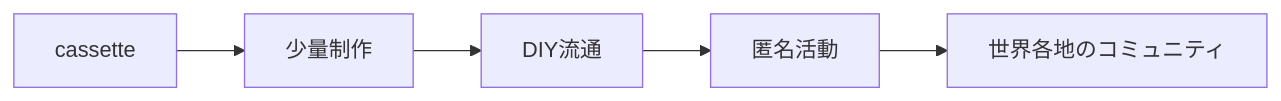
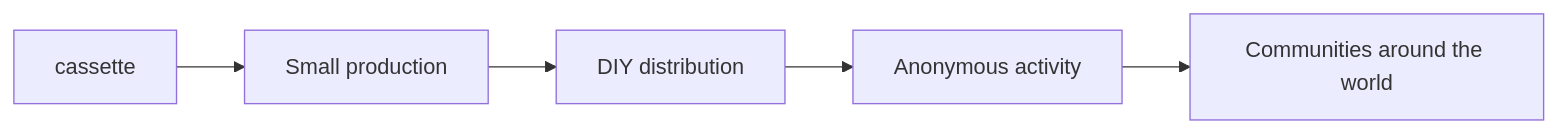
Before and after one commit to monumental-movement/monumental-movement.github.io: the sixth of 9 diagrams in en/_posts/2026-07-07-column-angine-de-poitrine-caroliner-rubber-o-cement.md, drawn with Mermaid. The commit also changed other lines of this file and 851 other files, not shown here.

```diff
--- a/en/_posts/2026-07-07-column-angine-de-poitrine-caroliner-rubber-o-cement.md
+++ b/en/_posts/2026-07-07-column-angine-de-poitrine-caroliner-rubber-o-cement.md
@@ -682,15 +682,15 @@
 <div class="mermaid">
 flowchart LR
 
 A["cassette"]
-B["少量制作"]
-C["DIY流通"]
-D["匿名活動"]
-E["世界各地のコミュニティ"]
+B["Small production"]
+C["DIY distribution"]
+D["Anonymous activity"]
+E["Communities around the world"]
 
 A --> B
 B --> C
 C --> D
 D --> E
 
 </div>
```
